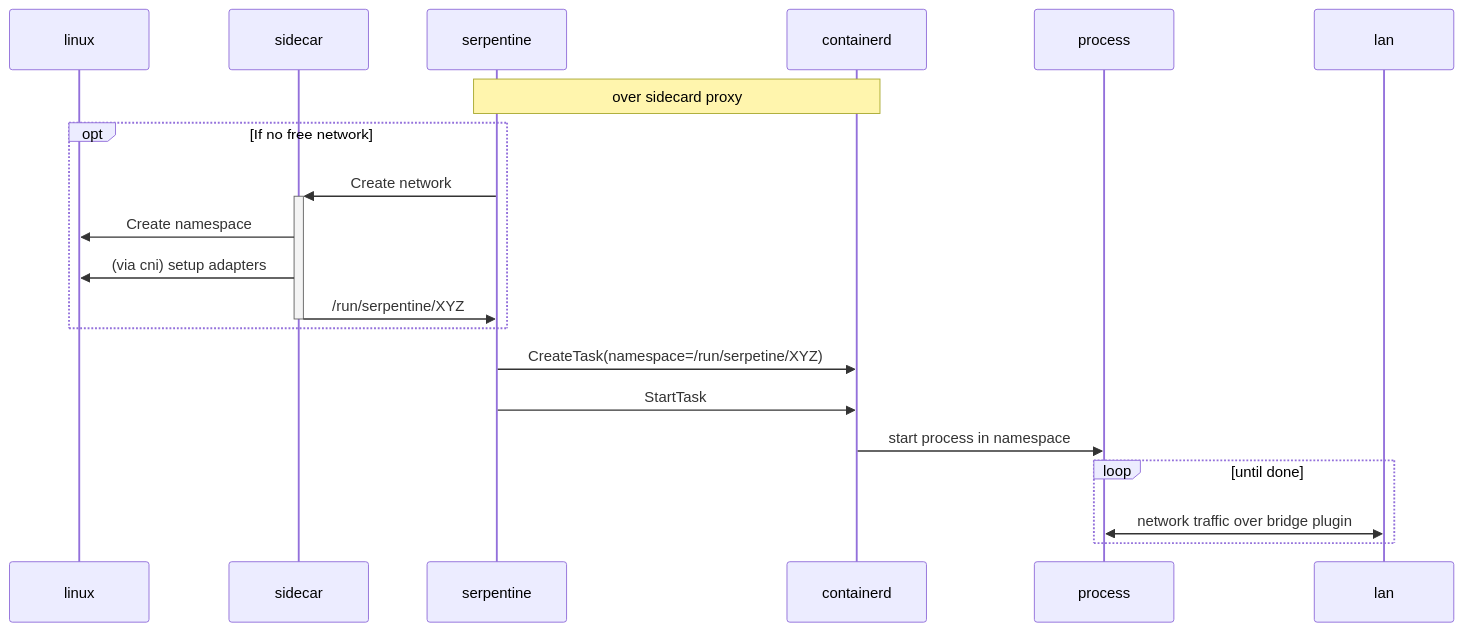
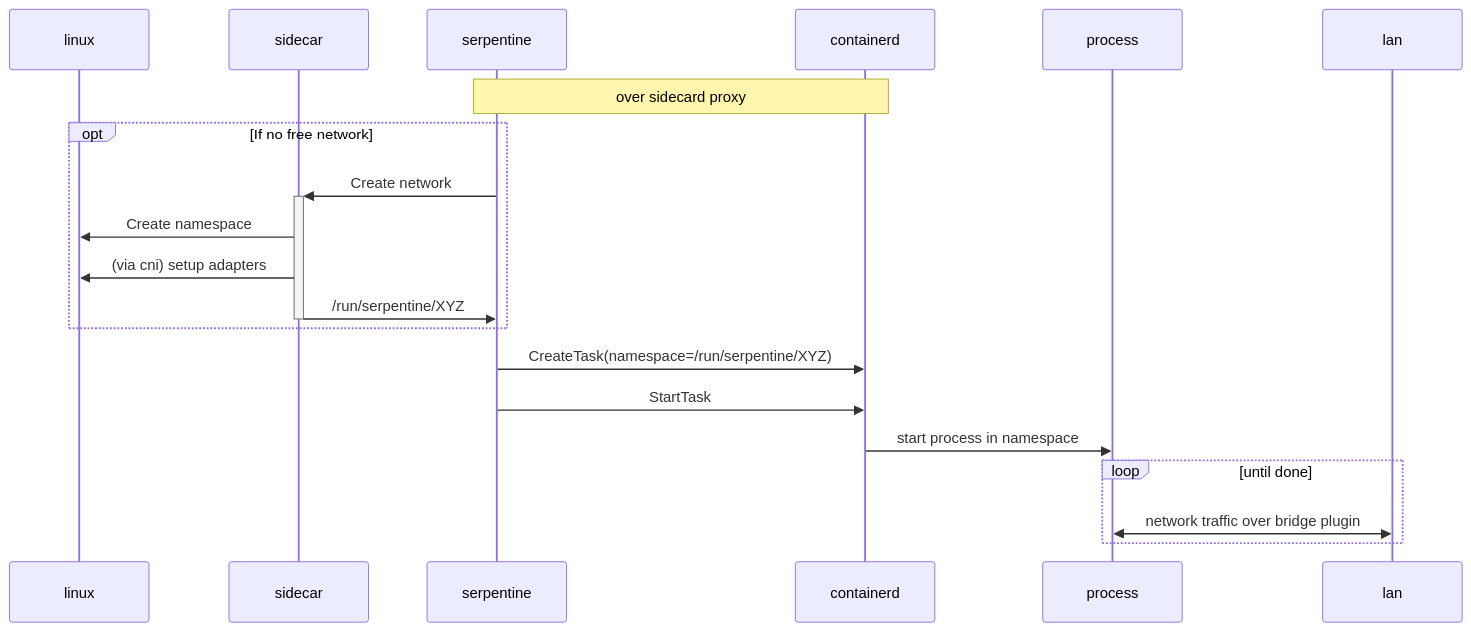
One commit to Serpent-Tools/serpentine changed the fifth of 5 diagrams in book/src/containerd.md. Above: the diagram before and after it, drawn with Mermaid. The commit also changed other lines of this file and 14 other files, not shown here.

````diff
--- a/book/src/containerd.md
+++ b/book/src/containerd.md
@@ -129,24 +129,24 @@
 ```mermaid
 sequenceDiagram
     participant linux
     participant sidecar
     participant serpentine
     participant containerd
     participant process
     participant lan
 
     note over serpentine,containerd: over sidecard proxy
     opt If no free network
         serpentine ->>+ sidecar : Create network
         sidecar ->> linux : Create namespace
         sidecar ->> linux : (via cni) setup adapters
         sidecar ->>- serpentine : /run/serpentine/XYZ
     end
 
-    serpentine ->> containerd : CreateTask(namespace=/run/serpetine/XYZ)
+    serpentine ->> containerd : CreateTask(namespace=/run/serpentine/XYZ)
     serpentine ->> containerd : StartTask
     containerd ->> process : start process in namespace
     loop until done
         process <<->> lan : network traffic over bridge plugin
     end
 ```
````
